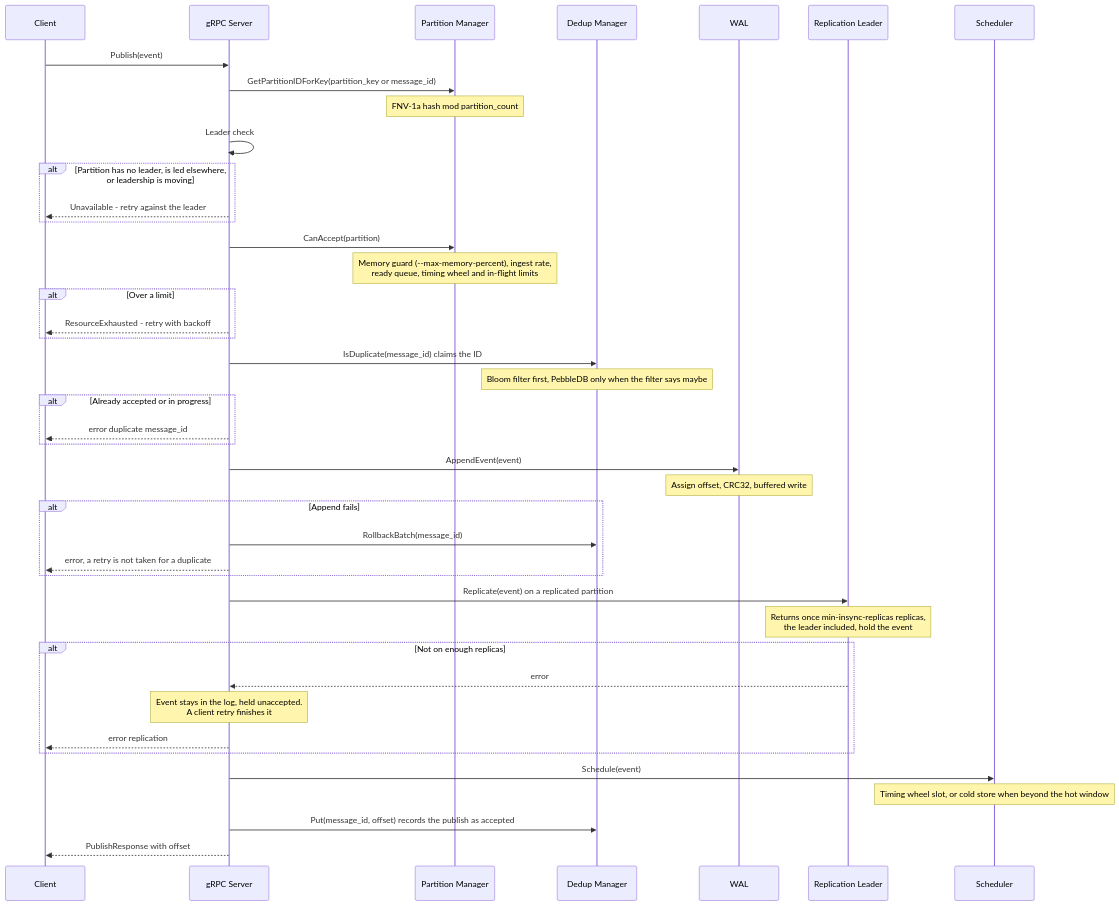
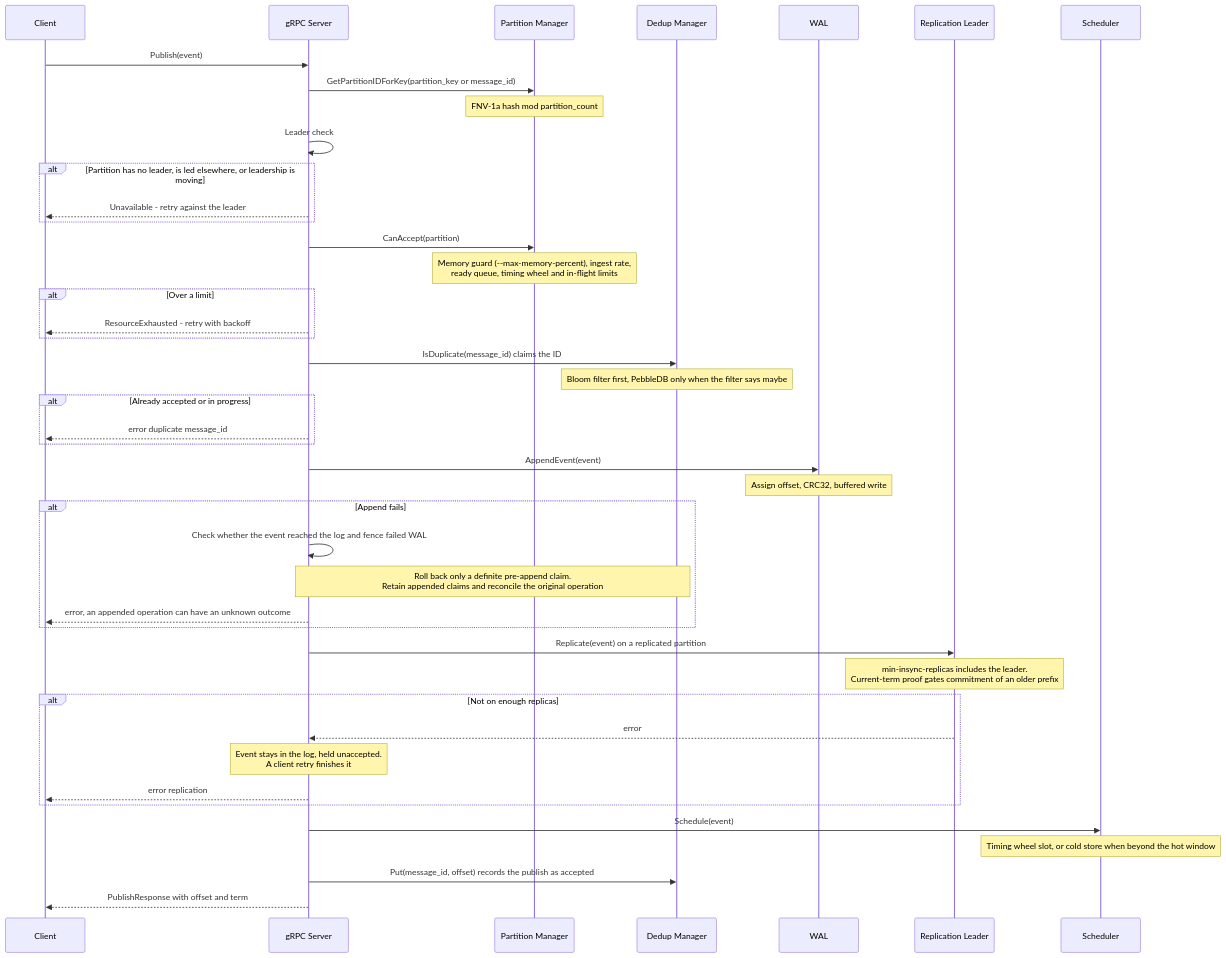
One commit to jatin711-debug/cronos_db_golang changed the fourth of 47 diagrams in ARCHITECTURE.md. Above: the diagram before and after it, drawn with Mermaid. The commit also changed other lines of this file and 39 other files, not shown here.

````diff
--- a/ARCHITECTURE.md
+++ b/ARCHITECTURE.md
@@ -192,51 +198,52 @@
 ```mermaid
 sequenceDiagram
     participant Client
     participant gRPC as gRPC Server
     participant PM as Partition Manager
     participant DD as Dedup Manager
     participant WAL as WAL
     participant REPL as Replication Leader
     participant SCH as Scheduler
 
     Client->>gRPC: Publish(event)
     gRPC->>PM: GetPartitionIDForKey(partition_key or message_id)
     Note over PM: FNV-1a hash mod partition_count
 
     gRPC->>gRPC: Leader check
     alt Partition has no leader, is led elsewhere, or leadership is moving
         gRPC-->>Client: Unavailable - retry against the leader
     end
 
     gRPC->>PM: CanAccept(partition)
     Note over PM: Memory guard (--max-memory-percent), ingest rate,<br/>ready queue, timing wheel and in-flight limits
     alt Over a limit
         gRPC-->>Client: ResourceExhausted - retry with backoff
     end
 
     gRPC->>DD: IsDuplicate(message_id) claims the ID
     Note over DD: Bloom filter first, PebbleDB only when the filter says maybe
     alt Already accepted or in progress
         gRPC-->>Client: error duplicate message_id
     end
 
     gRPC->>WAL: AppendEvent(event)
     Note over WAL: Assign offset, CRC32, buffered write
     alt Append fails
-        gRPC->>DD: RollbackBatch(message_id)
-        gRPC-->>Client: error, a retry is not taken for a duplicate
+        gRPC->>gRPC: Check whether the event reached the log and fence failed WAL
+        Note over gRPC,DD: Roll back only a definite pre-append claim.<br/>Retain appended claims and reconcile the original operation
+        gRPC-->>Client: error, an appended operation can have an unknown outcome
     end
 
     gRPC->>REPL: Replicate(event) on a replicated partition
-    Note over REPL: Returns once min-insync-replicas replicas,<br/>the leader included, hold the event
+    Note over REPL: min-insync-replicas includes the leader.<br/>Current-term proof gates commitment of an older prefix
     alt Not on enough replicas
         REPL-->>gRPC: error
         Note over gRPC: Event stays in the log, held unaccepted.<br/>A client retry finishes it
         gRPC-->>Client: error replication
     end
 
     gRPC->>SCH: Schedule(event)
     Note over SCH: Timing wheel slot, or cold store when beyond the hot window
     gRPC->>DD: Put(message_id, offset) records the publish as accepted
-    gRPC-->>Client: PublishResponse with offset
+    gRPC-->>Client: PublishResponse with offset and term
 ```
````
